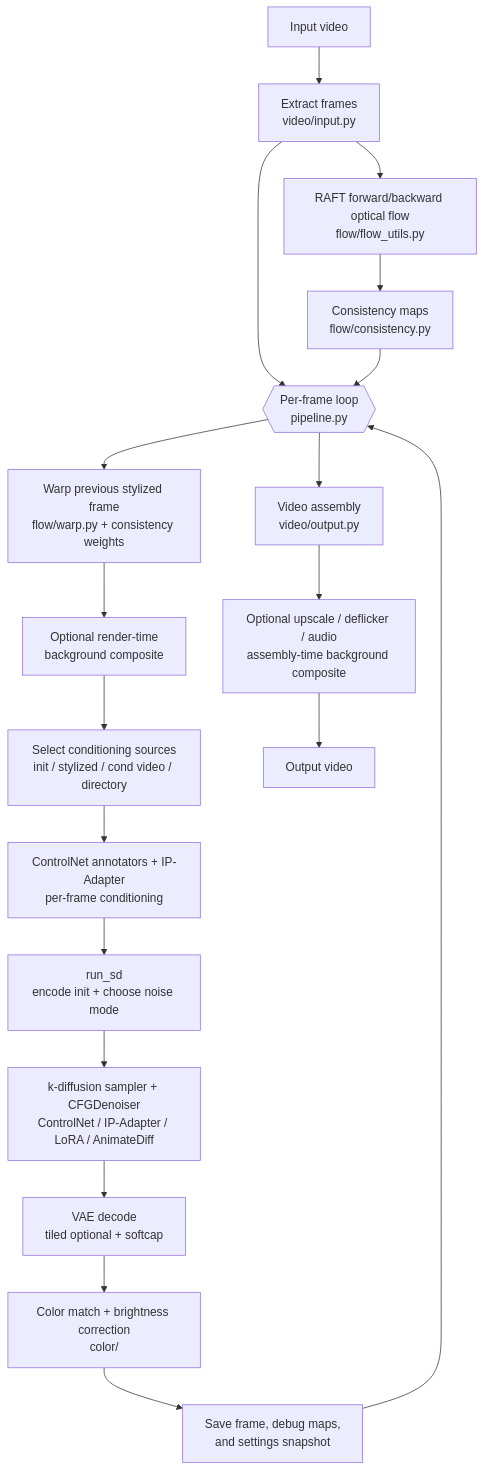
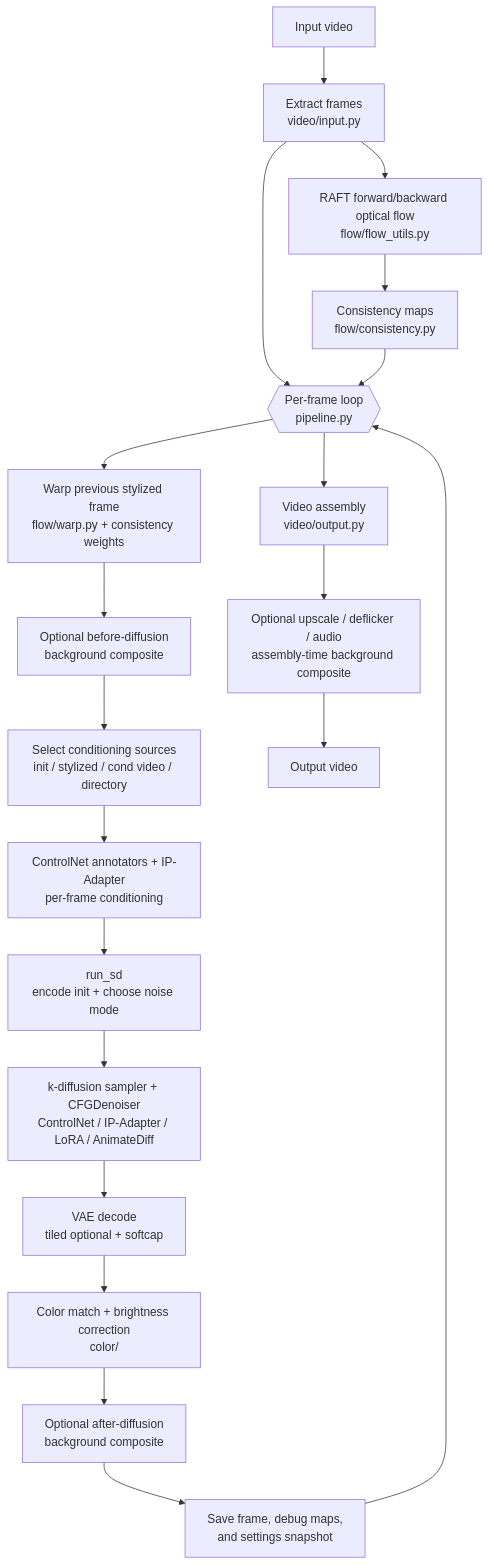
Before and after one commit to Sxela/VibeWarp: the first of 3 diagrams in docs/architecture.md, drawn with Mermaid. The commit also changed other lines of this file and 183 other files, not shown here.

````diff
--- a/docs/architecture.md
+++ b/docs/architecture.md
@@ -13,23 +43,24 @@
 ```mermaid
 flowchart TD
     video[Input video] --> extract[Extract frames<br/>video/input.py]
     extract --> flow[RAFT forward/backward optical flow<br/>flow/flow_utils.py]
     flow --> cc[Consistency maps<br/>flow/consistency.py]
 
     extract --> loop{{Per-frame loop<br/>pipeline.py}}
     cc --> loop
     loop --> warp[Warp previous stylized frame<br/>flow/warp.py + consistency weights]
-    warp --> bg[Optional render-time<br/>background composite]
+    warp --> bg[Optional before-diffusion<br/>background composite]
     bg --> sources[Select conditioning sources<br/>init / stylized / cond video / directory]
     sources --> adapters[ControlNet annotators + IP-Adapter<br/>per-frame conditioning]
     adapters --> run[run_sd<br/>encode init + choose noise mode]
     run --> sample[k-diffusion sampler + CFGDenoiser<br/>ControlNet / IP-Adapter / LoRA / AnimateDiff]
     sample --> decode[VAE decode<br/>tiled optional + softcap]
     decode --> color[Color match + brightness correction<br/>color/]
-    color --> save[Save frame, debug maps,<br/>and settings snapshot]
+    color --> bgout[Optional after-diffusion<br/>background composite]
+    bgout --> save[Save frame, debug maps,<br/>and settings snapshot]
     save --> loop
 
     loop --> assemble[Video assembly<br/>video/output.py]
     assemble --> post[Optional upscale / deflicker / audio<br/>assembly-time background composite]
     post --> output[Output video]
 ```
````
